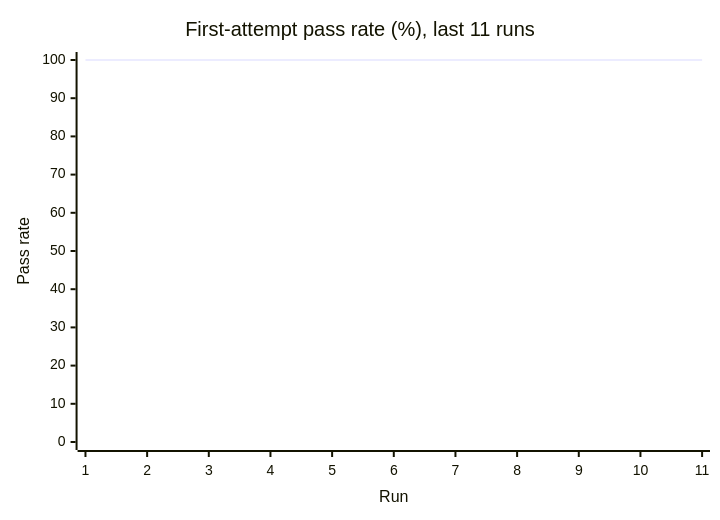
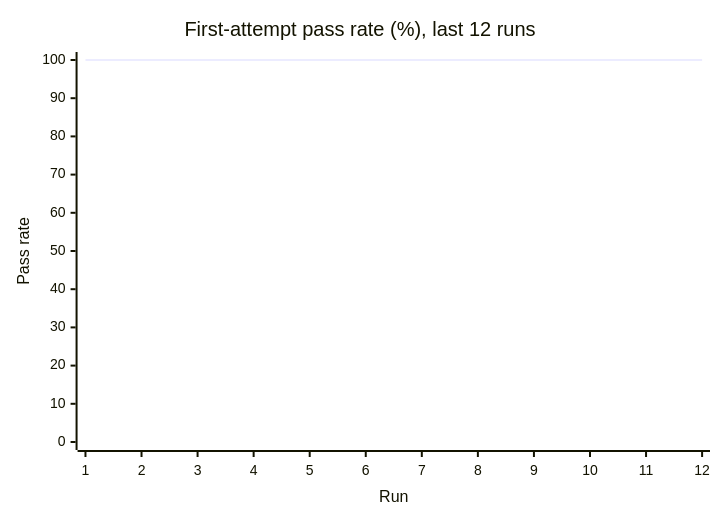
One commit to Shirojoufu/DORA-Metrics changed the first of 3 diagrams in reports/summary.md. Above: the diagram before and after it, drawn with Mermaid. The commit also changed other lines of this file and 5 other files, not shown here.

````diff
--- a/reports/summary.md
+++ b/reports/summary.md
@@ -17,7 +17,7 @@
 ```mermaid
 xychart-beta
-    title "First-attempt pass rate (%), last 11 runs"
-    x-axis "Run" [1, 2, 3, 4, 5, 6, 7, 8, 9, 10, 11]
+    title "First-attempt pass rate (%), last 12 runs"
+    x-axis "Run" [1, 2, 3, 4, 5, 6, 7, 8, 9, 10, 11, 12]
     y-axis "Pass rate" 0 --> 100
-    line [100.0, 100.0, 100.0, 100.0, 100.0, 100.0, 100.0, 100.0, 100.0, 100.0, 100.0]
+    line [100.0, 100.0, 100.0, 100.0, 100.0, 100.0, 100.0, 100.0, 100.0, 100.0, 100.0, 100.0]
 ```
````
